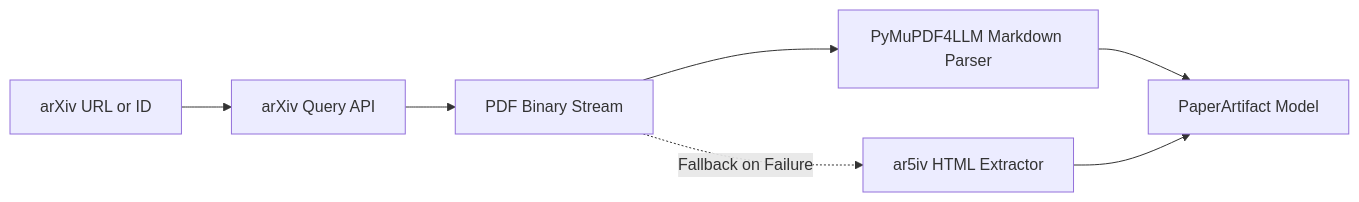
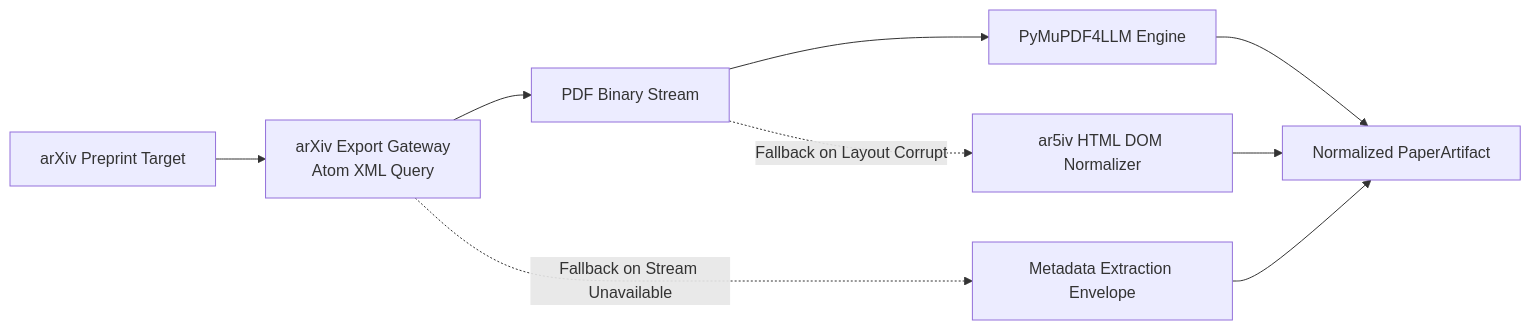
One commit to riri-05/zero-gaze changed the diagram in docs/01-paper-ingestion-lego/README.md. Above: the diagram before and after it, drawn with Mermaid. The commit also changed other lines of this file and 9 other files, not shown here.

Commit message:
docs: complete architectural makeover, remove roadmaps, and add .env.example

````diff
--- a/docs/01-paper-ingestion-lego/README.md
+++ b/docs/01-paper-ingestion-lego/README.md
@@ -6,9 +12,11 @@
 ```mermaid
 flowchart LR
-    A[arXiv URL or ID] --> B[arXiv Query API]
+    A[arXiv Preprint Target] --> B[arXiv Export Gateway<br/>Atom XML Query]
     B --> C[PDF Binary Stream]
-    C --> D[PyMuPDF4LLM Markdown Parser]
-    D --> E[PaperArtifact Model]
-    C -.->|Fallback on Failure| F[ar5iv HTML Extractor]
+    C --> D[PyMuPDF4LLM Engine]
+    D --> E[Normalized PaperArtifact]
+    C -.->|Fallback on Layout Corrupt| F[ar5iv HTML DOM Normalizer]
     F --> E
+    B -.->|Fallback on Stream Unavailable| G[Metadata Extraction Envelope]
+    G --> E
 ```
````
